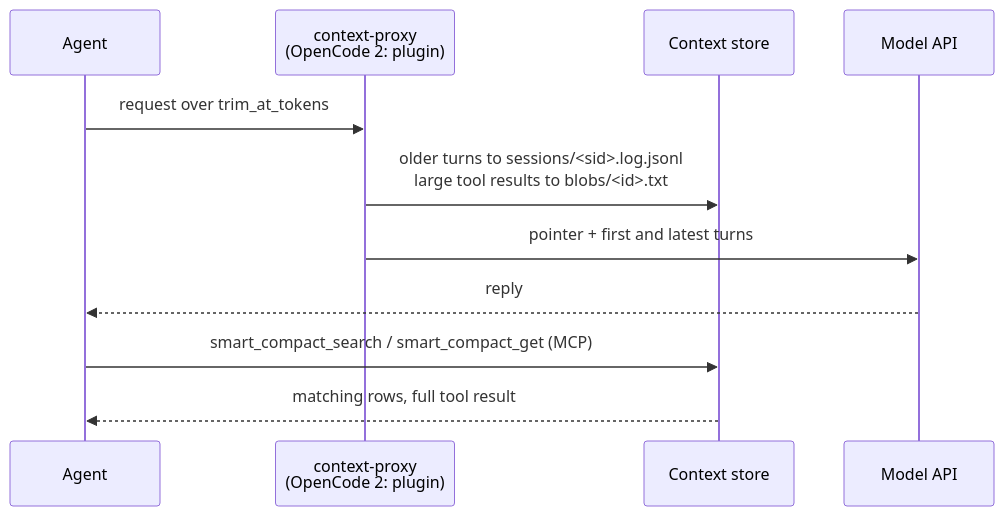
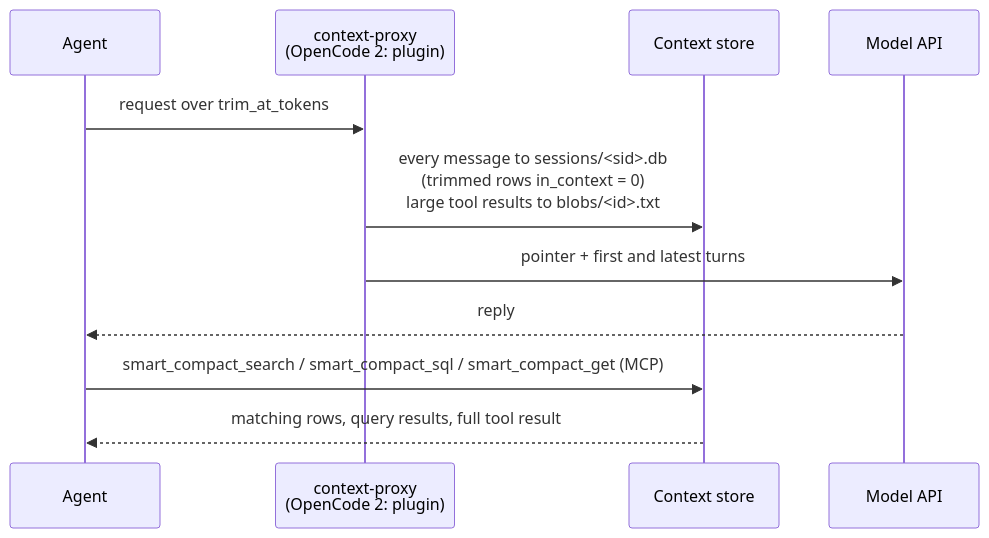
The diagram in docs/context-management.md (bcmyguest/openmem), drawn with Mermaid before and after one commit. The commit also changed other lines of this file and 24 other files, not shown here.

````diff
--- a/docs/context-management.md
+++ b/docs/context-management.md
@@ -5,13 +5,13 @@
 ```mermaid
 sequenceDiagram
   participant A as Agent
   participant P as context-proxy<br/>(OpenCode 2: plugin)
   participant S as Context store
   participant M as Model API
   A->>P: request over trim_at_tokens
-  P->>S: older turns to sessions/<sid>.log.jsonl<br/>large tool results to blobs/<id>.txt
+  P->>S: every message to sessions/<sid>.db<br/>(trimmed rows in_context = 0)<br/>large tool results to blobs/<id>.txt
   P->>M: pointer + first and latest turns
   M-->>A: reply
-  A->>S: smart_compact_search / smart_compact_get (MCP)
-  S-->>A: matching rows, full tool result
+  A->>S: smart_compact_search / smart_compact_sql / smart_compact_get (MCP)
+  S-->>A: matching rows, query results, full tool result
 ```
````
